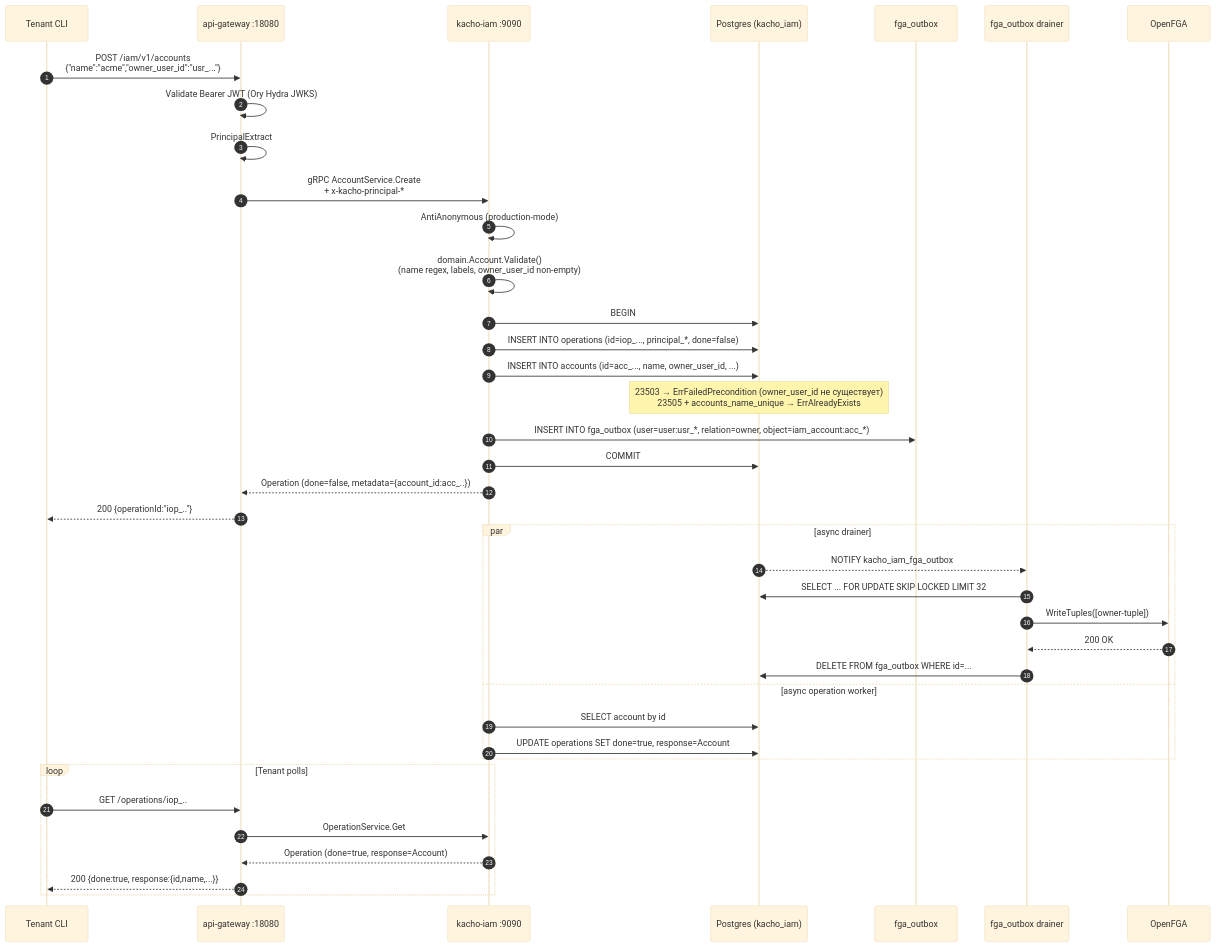
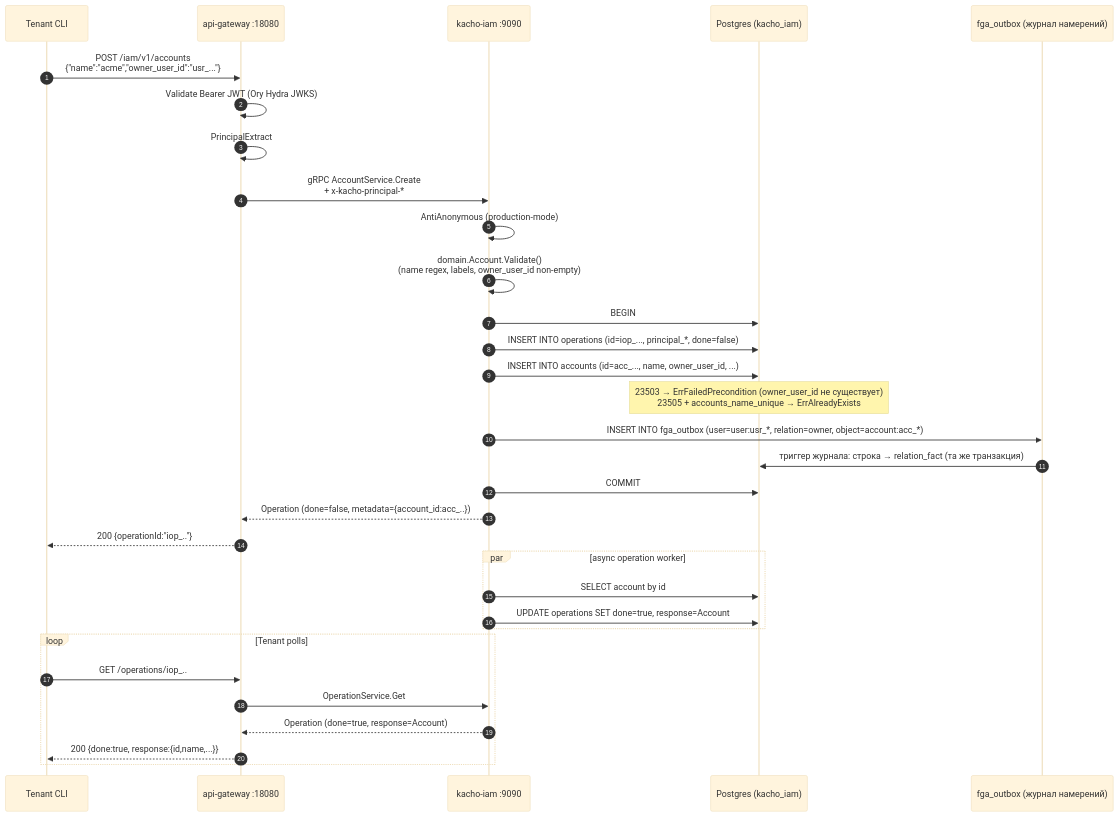
The diagram in services/iam/docs/engineering/components/01-account.md (PRO-Robotech/kacho), drawn with Mermaid (base theme) before and after one commit. The commit also changed other lines of this file and 589 other files, not shown here.

````diff
--- a/services/iam/docs/engineering/components/01-account.md
+++ b/services/iam/docs/engineering/components/01-account.md
@@ -67,44 +67,37 @@
 ```mermaid
 sequenceDiagram
     autonumber
     participant Cli as Tenant CLI
     participant GW as api-gateway :18080
     participant IAM as kacho-iam :9090
     participant DB as Postgres (kacho_iam)
-    participant Out as fga_outbox
-    participant Drainer as fga_outbox drainer
-    participant FGA as OpenFGA
+    participant Out as fga_outbox (журнал намерений)
 
     Cli->>GW: POST /iam/v1/accounts<br/>{"name":"acme","owner_user_id":"usr_..."}
     GW->>GW: Validate Bearer JWT (Ory Hydra JWKS)
     GW->>GW: PrincipalExtract
     GW->>IAM: gRPC AccountService.Create<br/>+ x-kacho-principal-*
     IAM->>IAM: AntiAnonymous (production-mode)
     IAM->>IAM: domain.Account.Validate()<br/>(name regex, labels, owner_user_id non-empty)
     IAM->>DB: BEGIN
     IAM->>DB: INSERT INTO operations (id=iop_..., principal_*, done=false)
     IAM->>DB: INSERT INTO accounts (id=acc_..., name, owner_user_id, ...)
     Note over DB: 23503 → ErrFailedPrecondition (owner_user_id не существует)<br/>23505 + accounts_name_unique → ErrAlreadyExists
-    IAM->>Out: INSERT INTO fga_outbox (user=user:usr_*, relation=owner, object=iam_account:acc_*)
+    IAM->>Out: INSERT INTO fga_outbox (user=user:usr_*, relation=owner, object=account:acc_*)
+    Out->>DB: триггер журнала: строка → relation_fact (та же транзакция)
     IAM->>DB: COMMIT
     IAM-->>GW: Operation (done=false, metadata={account_id:acc_..})
     GW-->>Cli: 200 {operationId:"iop_.."}
 
-    par async drainer
-        DB-->>Drainer: NOTIFY kacho_iam_fga_outbox
-        Drainer->>DB: SELECT ... FOR UPDATE SKIP LOCKED LIMIT 32
-        Drainer->>FGA: WriteTuples([owner-tuple])
-        FGA-->>Drainer: 200 OK
-        Drainer->>DB: DELETE FROM fga_outbox WHERE id=...
-    and async operation worker
+    par async operation worker
         IAM->>DB: SELECT account by id
         IAM->>DB: UPDATE operations SET done=true, response=Account
     end
 
     loop Tenant polls
         Cli->>GW: GET /operations/iop_..
         GW->>IAM: OperationService.Get
         IAM-->>GW: Operation (done=true, response=Account)
         GW-->>Cli: 200 {done:true, response:{id,name,...}}
     end
 ```
````
